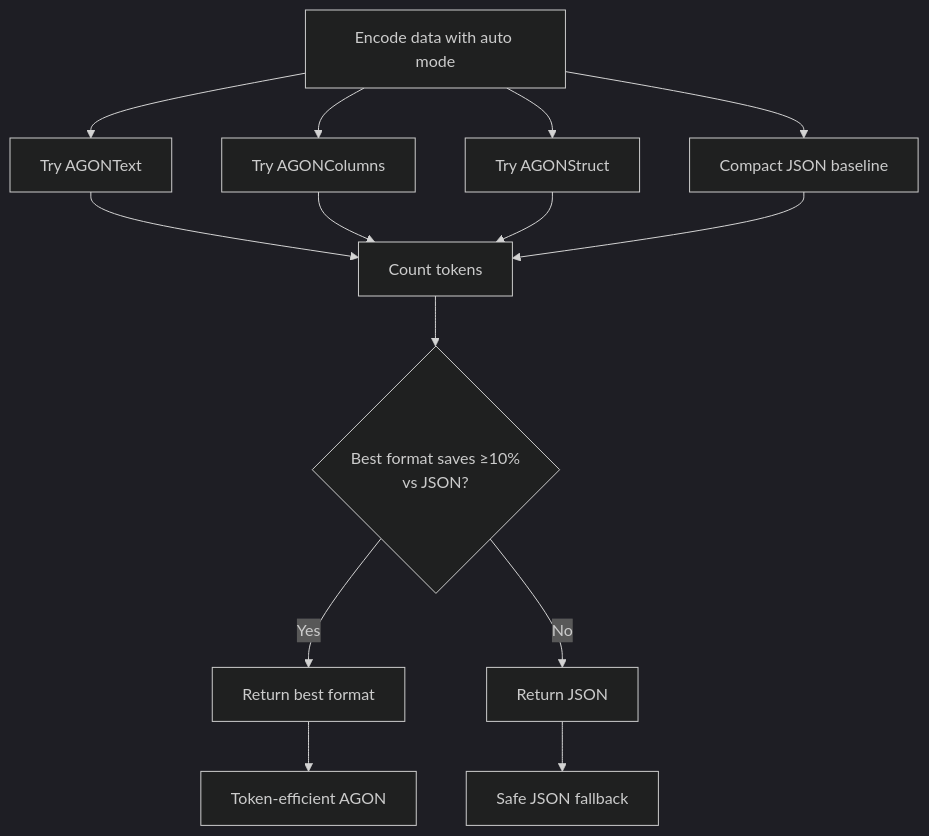
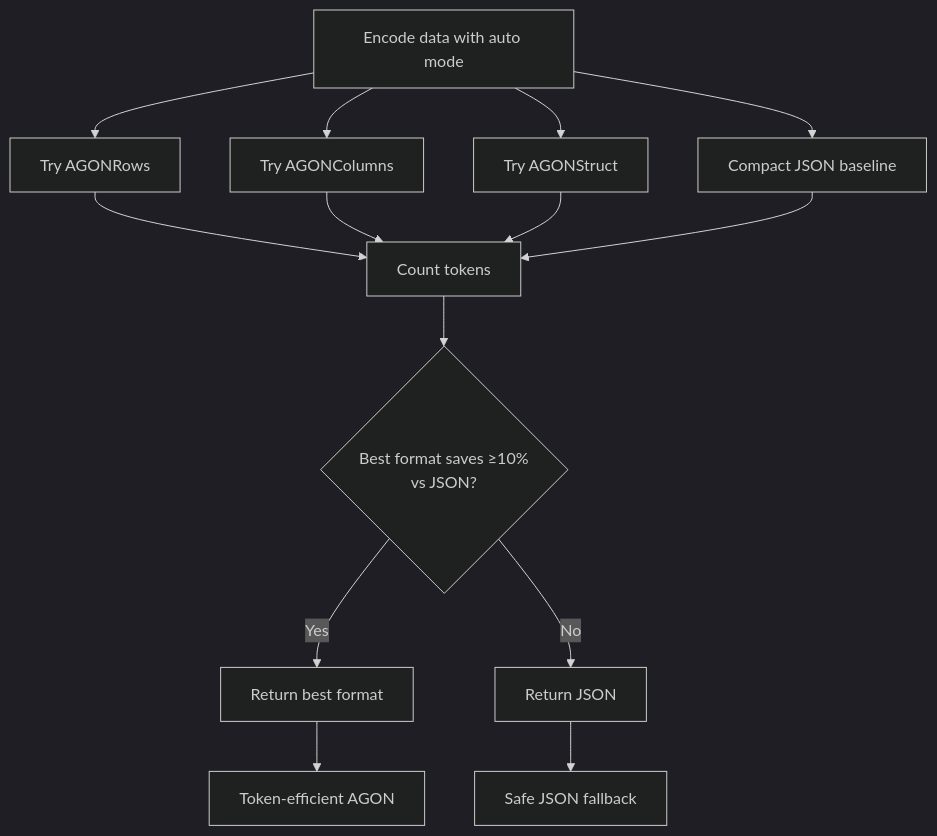
Before and after one commit to Verdenroz/agon-python: the diagram in docs/index.md, drawn with Mermaid (dark theme). The commit also changed other lines of this file and 11 other files, not shown here.

````diff
--- a/docs/index.md
+++ b/docs/index.md
@@ -149,16 +163,16 @@
 ```mermaid
 graph TD
-    A[Encode data with auto mode] --> B[Try AGONText]
+    A[Encode data with auto mode] --> B[Try AGONRows]
     A --> C[Try AGONColumns]
     A --> D[Try AGONStruct]
     A --> E[Compact JSON baseline]
     B --> F[Count tokens]
     C --> F
     D --> F
     E --> F
     F --> G{Best format saves ≥10%<br/>vs JSON?}
     G -->|Yes| H[Return best format]
     G -->|No| I[Return JSON]
     H --> J[Token-efficient AGON]
     I --> K[Safe JSON fallback]
 ```
````
